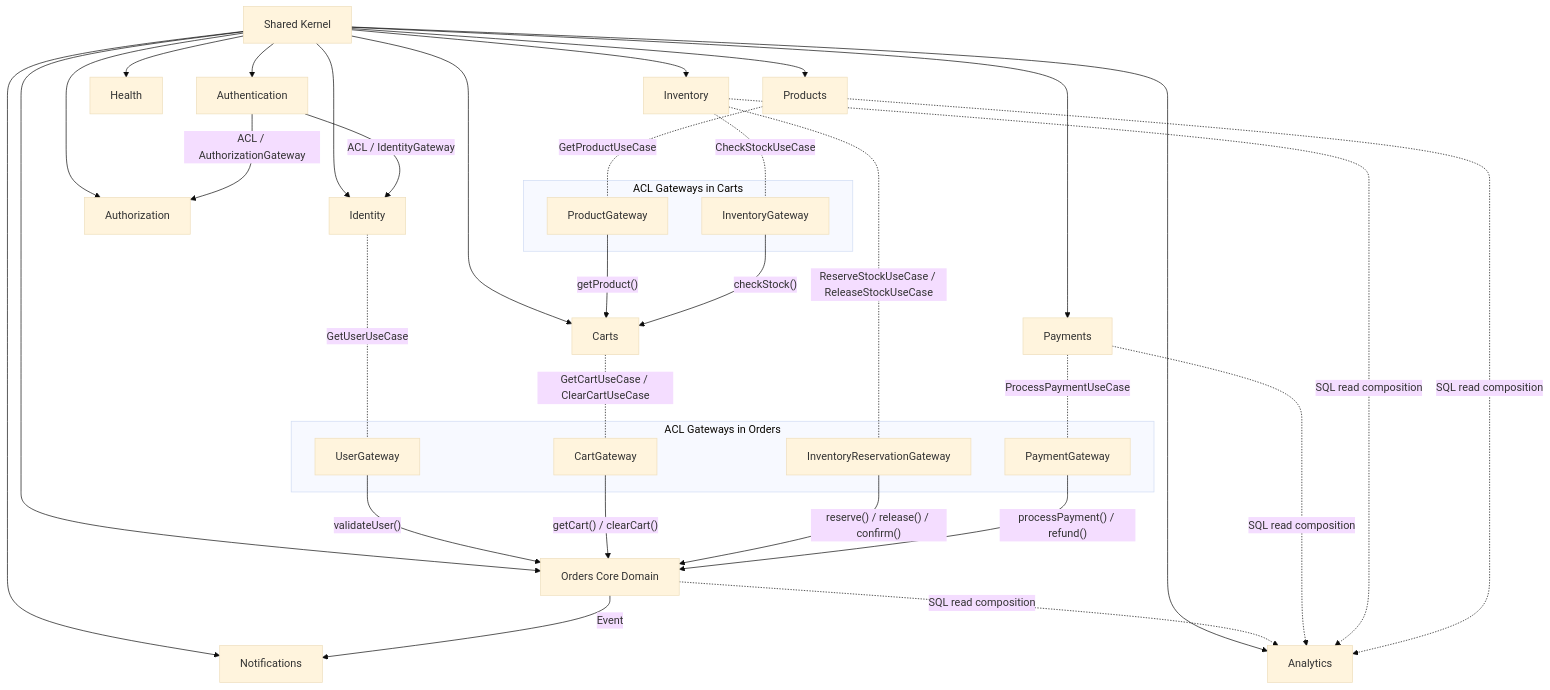
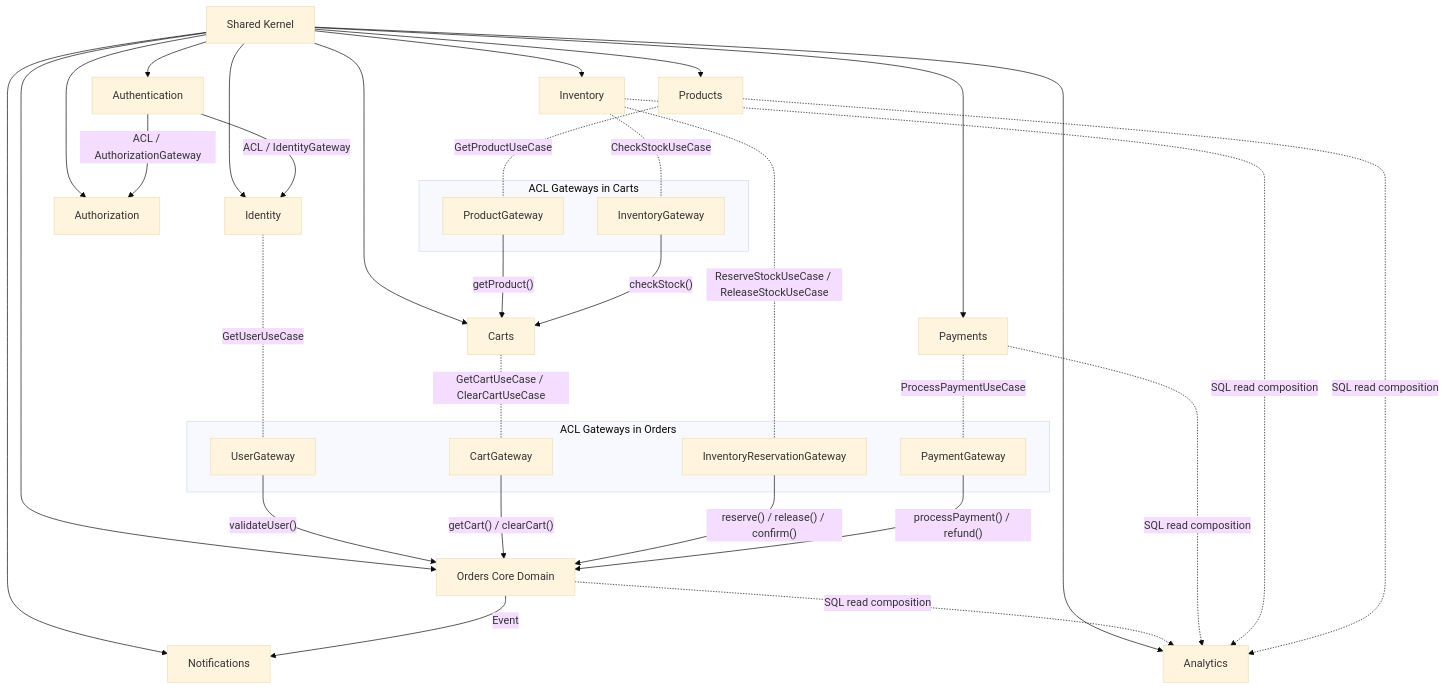
One commit to raouf-b-dev/ecommerce-store-api changed the first of 11 diagrams in docs/architecture/ARCHITECTURE.md. Above: the diagram before and after it, drawn with Mermaid (base theme). The commit also changed other lines of this file and 43 other files, not shown here.

````diff
--- a/docs/architecture/ARCHITECTURE.md
+++ b/docs/architecture/ARCHITECTURE.md
@@ -43,51 +44,50 @@
 ```mermaid
 graph TD
  SK[Shared Kernel] --> Orders[Orders Core Domain]
  SK --> Carts[Carts]
  SK --> Inventory[Inventory]
  SK --> Products[Products]
  SK --> Identity[Identity]
  SK --> Authorization[Authorization]
  SK --> Payments[Payments]
  SK --> Authentication[Authentication]
  SK --> Notifications[Notifications]
  SK --> Analytics[Analytics]
- SK --> Health[Health]
 
  subgraph ACL_Orders["ACL Gateways in Orders"]
  CustGW["UserGateway"]
  CartGW["CartGateway"]
  InvGW["InventoryReservationGateway"]
  PayGW["PaymentGateway"]
  end
 
  Identity -.-|"GetUserUseCase"| CustGW
  Carts -.-|"GetCartUseCase / ClearCartUseCase"| CartGW
  Inventory -.-|"ReserveStockUseCase / ReleaseStockUseCase"| InvGW
  Payments -.-|"ProcessPaymentUseCase"| PayGW
 
  CustGW -->|"validateUser()"| Orders
  CartGW -->|"getCart() / clearCart()"| Orders
  InvGW -->|"reserve() / release() / confirm()"| Orders
  PayGW -->|"processPayment() / refund()"| Orders
 
  subgraph ACL_Carts["ACL Gateways in Carts"]
  ProdGW["ProductGateway"]
  InvGW2["InventoryGateway"]
  end
 
  Products -.-|"GetProductUseCase"| ProdGW
  Inventory -.-|"CheckStockUseCase"| InvGW2
 
  ProdGW -->|"getProduct()"| Carts
  InvGW2 -->|"checkStock()"| Carts
 
  Authentication -->|"ACL / IdentityGateway"| Identity
  Authentication -->|"ACL / AuthorizationGateway"| Authorization
  Orders -->|"Event"| Notifications
 
  Orders -.->|"SQL read composition"| Analytics
  Payments -.->|"SQL read composition"| Analytics
  Inventory -.->|"SQL read composition"| Analytics
  Products -.->|"SQL read composition"| Analytics
 ```
````
